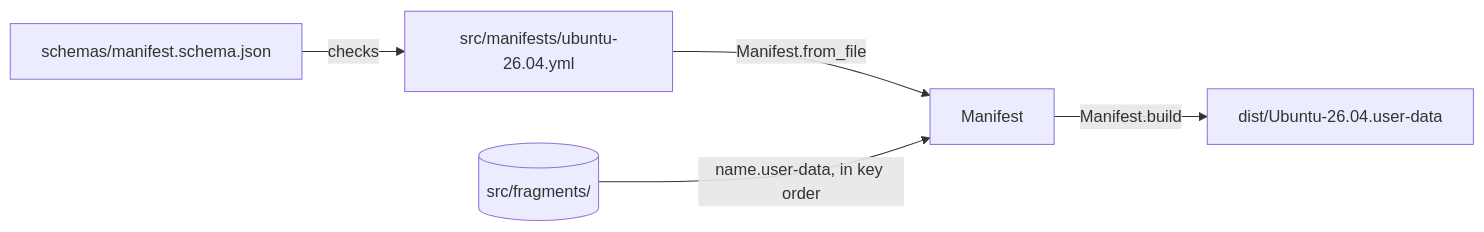
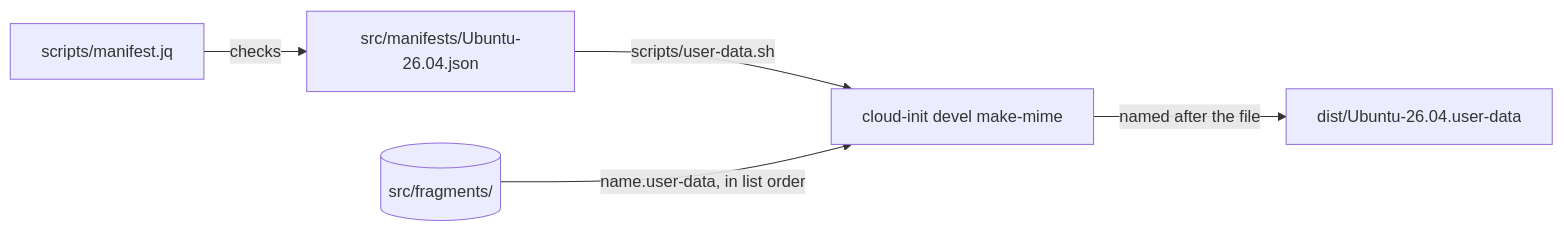
One commit to froazin/wsl changed the diagram in docs/distros.md. Above: the diagram before and after it, drawn with Mermaid. The commit also changed other lines of this file and 31 other files, not shown here.

First line of the commit message:
refactor(tooling): Build with make, jq and the cloud-init CLI

````diff
--- a/docs/distros.md
+++ b/docs/distros.md
@@ -30,9 +30,9 @@
 ```mermaid
 flowchart LR
     accTitle: How a manifest becomes a distro's user-data
-    accDescr: Manifest.from_file reads src/manifests/ubuntu-26.04.yml, checks it against schemas/manifest.schema.json and turns each fragment name into its path in src/fragments, in key order. Manifest.build joins the fragments into dist/Ubuntu-26.04.user-data, named after the manifest's name field.
-    schema["schemas/manifest.schema.json"] -->|checks| file["src/manifests/ubuntu-26.04.yml"]
-    file -->|"Manifest.from_file"| manifest["Manifest"]
-    fragments[("src/fragments/")] -->|"name.user-data, in key order"| manifest
-    manifest -->|"Manifest.build"| dist["dist/Ubuntu-26.04.user-data"]
+    accDescr: scripts/user-data.sh checks src/manifests/Ubuntu-26.04.json with scripts/manifest.jq, then joins the fragments it lists from src/fragments, in order, into dist/Ubuntu-26.04.user-data, named after the manifest's file.
+    check["scripts/manifest.jq"] -->|checks| file["src/manifests/Ubuntu-26.04.json"]
+    file -->|"scripts/user-data.sh"| join["cloud-init devel make-mime"]
+    fragments[("src/fragments/")] -->|"name.user-data, in list order"| join
+    join -->|"named after the file"| dist["dist/Ubuntu-26.04.user-data"]
 ```
````
